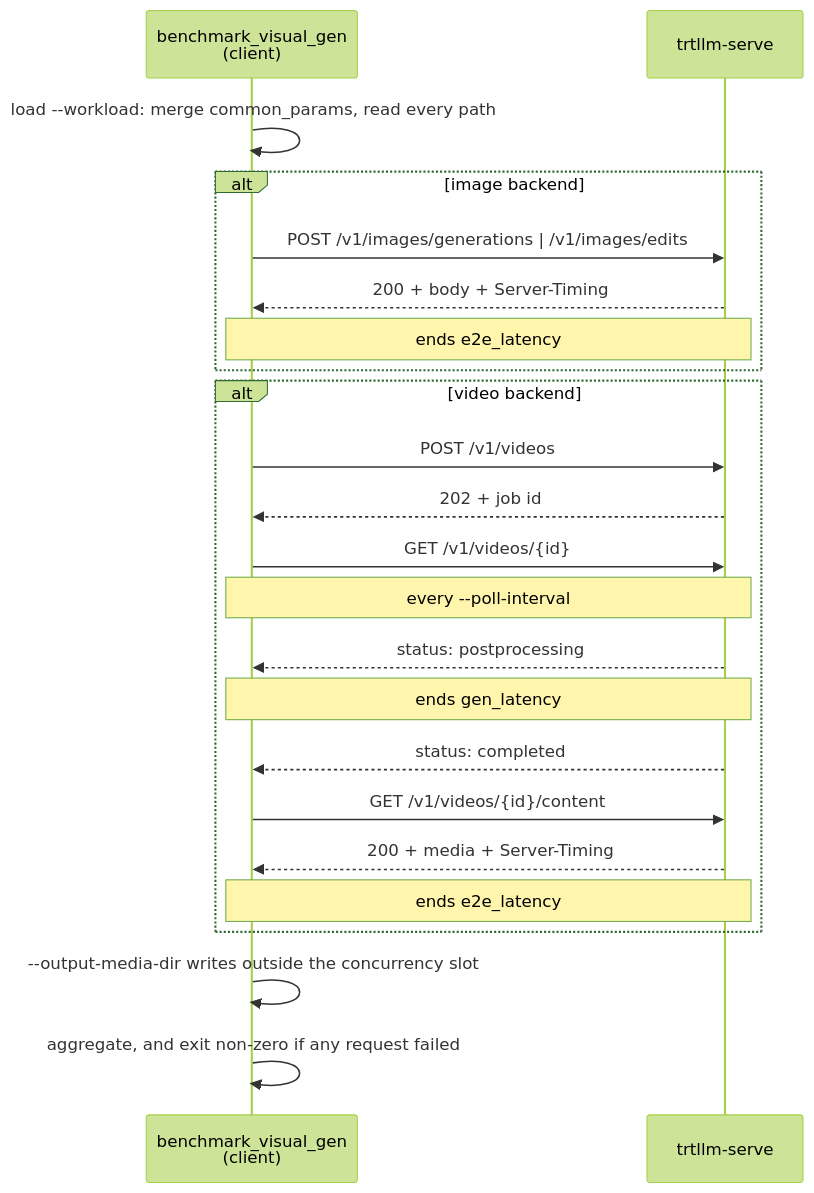
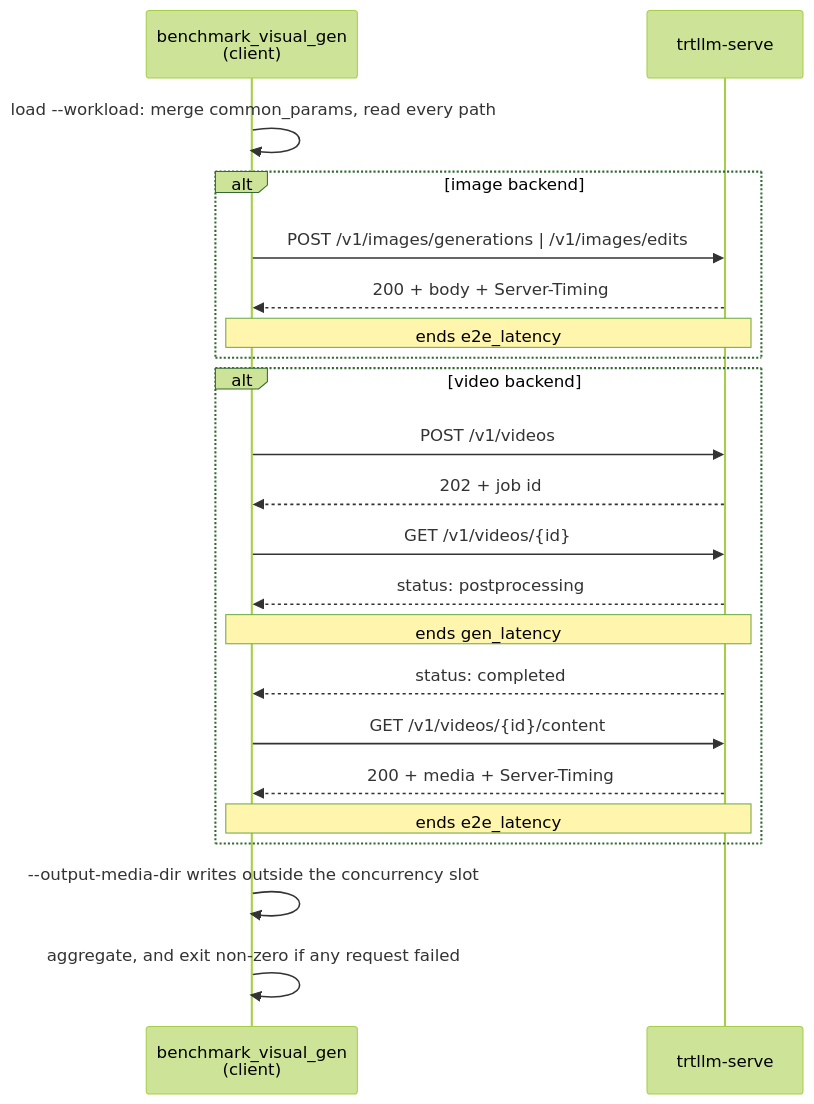
Before and after one commit to NVIDIA/TensorRT-LLM: the diagram in tensorrt_llm/serve/scripts/BENCHMARKING_VISUAL_GEN.md, drawn with Mermaid (forest theme).

Commit message:
[None][doc] Drop the poll-interval note and slim the rest
A note spanning both lifelines is as wide as the span, so only its height is adjustable; noteMargin takes it from 36 to 24.

````diff
--- a/tensorrt_llm/serve/scripts/BENCHMARKING_VISUAL_GEN.md
+++ b/tensorrt_llm/serve/scripts/BENCHMARKING_VISUAL_GEN.md
@@ -106,29 +106,33 @@
 ```mermaid
+---
+config:
+  sequence:
+    noteMargin: 4
+---
 sequenceDiagram
     participant C as benchmark_visual_gen<br/>(client)
     participant S as trtllm-serve
 
     C->>C: load --workload: merge common_params, read every path
 
     alt image backend
         C->>S: POST /v1/images/generations | /v1/images/edits
         S-->>C: 200 + body + Server-Timing
         Note over C,S: ends e2e_latency
     end
 
     alt video backend
         C->>S: POST /v1/videos
         S-->>C: 202 + job id
         C->>S: GET /v1/videos/{id}
-        Note over C,S: every --poll-interval
         S-->>C: status: postprocessing
         Note over C,S: ends gen_latency
         S-->>C: status: completed
         C->>S: GET /v1/videos/{id}/content
         S-->>C: 200 + media + Server-Timing
         Note over C,S: ends e2e_latency
     end
 
     C->>C: --output-media-dir writes outside the concurrency slot
     C->>C: aggregate, and exit non-zero if any request failed
 ```
````
